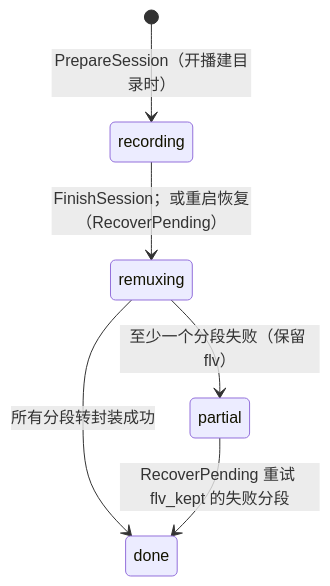
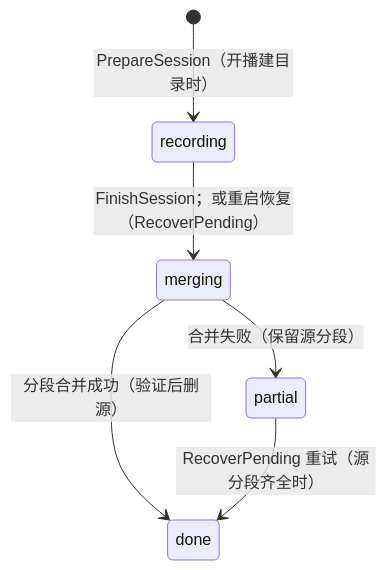
The ninth of 10 diagrams in docs/design/architecture-diagrams.md (xgbt/suika), drawn with Mermaid before and after one commit. The commit also changed other lines of this file and 34 other files, not shown here.

First line of the commit message:
Refactor recording and merging logic

````diff
--- a/docs/design/architecture-diagrams.md
+++ b/docs/design/architecture-diagrams.md
@@ -361,8 +357,8 @@
 ```mermaid
 stateDiagram-v2
     [*] --> recording : PrepareSession（开播建目录时）
-    recording --> remuxing : FinishSession；或重启恢复（RecoverPending）
-    remuxing --> done : 所有分段转封装成功
-    remuxing --> partial : 至少一个分段失败（保留 flv）
-    partial --> done : RecoverPending 重试 flv_kept 的失败分段
+    recording --> merging : FinishSession；或重启恢复（RecoverPending）
+    merging --> done : 分段合并成功（验证后删源）
+    merging --> partial : 合并失败（保留源分段）
+    partial --> done : RecoverPending 重试（源分段齐全时）
 ```
````
